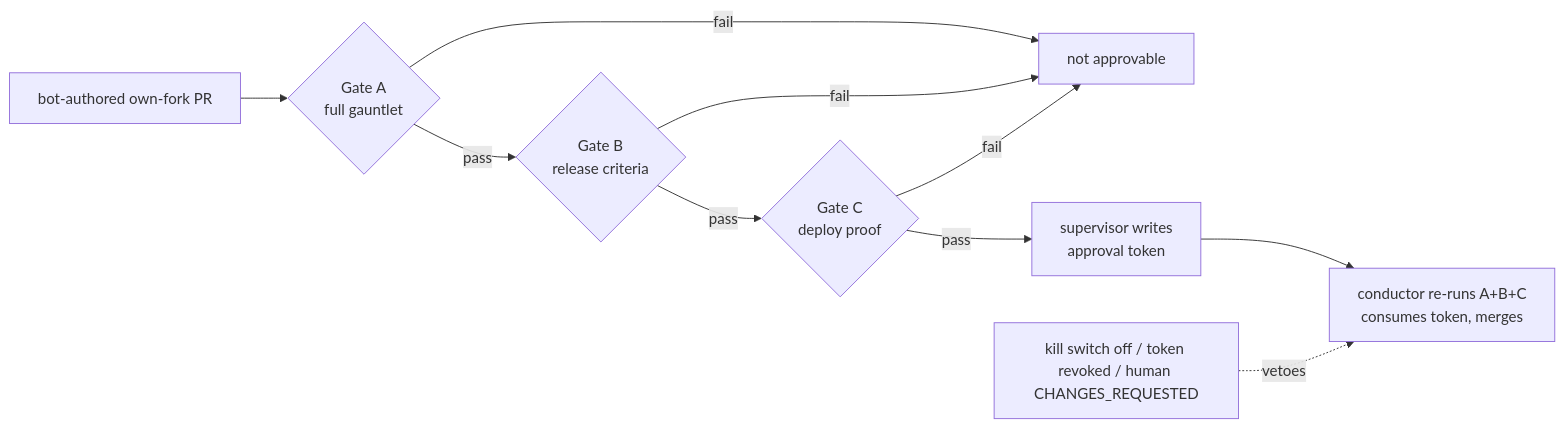
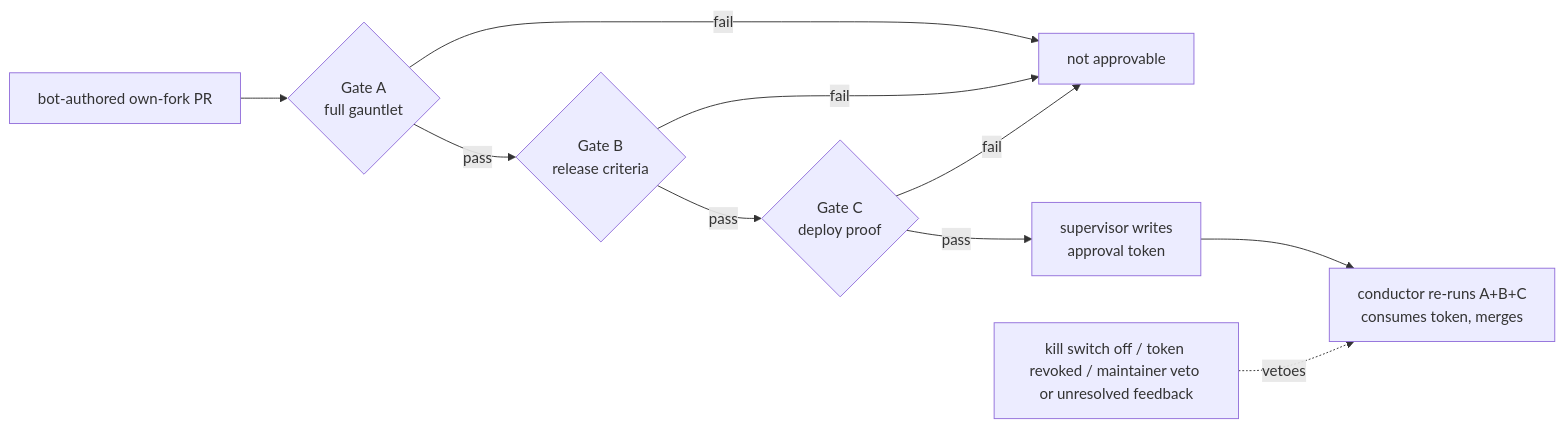
Before and after one commit to kriscendobot/garden: the diagram in designs/fable-release-supervisor.md, drawn with Mermaid. The commit also changed other lines of this file and 1 other file, not shown here.

````diff
--- a/designs/fable-release-supervisor.md
+++ b/designs/fable-release-supervisor.md
@@ -40,12 +41,12 @@
 ```mermaid
 flowchart LR
   PR[bot-authored own-fork PR] --> A{Gate A<br/>full gauntlet}
   A -- pass --> B{Gate B<br/>release criteria}
   A -- fail --> STOP[not approvable]
   B -- pass --> C{Gate C<br/>deploy proof}
   B -- fail --> STOP
   C -- pass --> TOK[supervisor writes<br/>approval token]
   C -- fail --> STOP
   TOK --> CD[conductor re-runs A+B+C<br/>consumes token, merges]
-  KILL["kill switch off / token revoked / human CHANGES_REQUESTED"] -. vetoes .-> CD
+  KILL["kill switch off / token revoked / maintainer veto or unresolved feedback"] -. vetoes .-> CD
 ```
````
